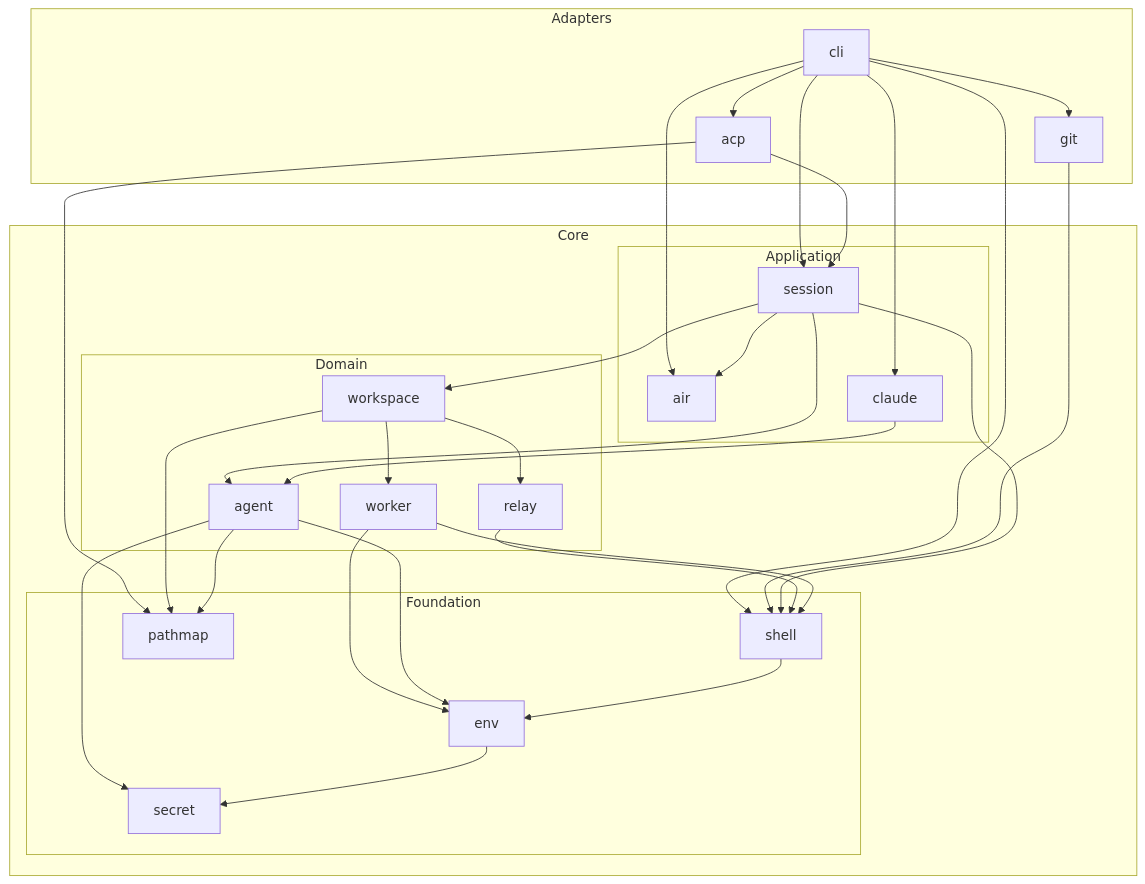
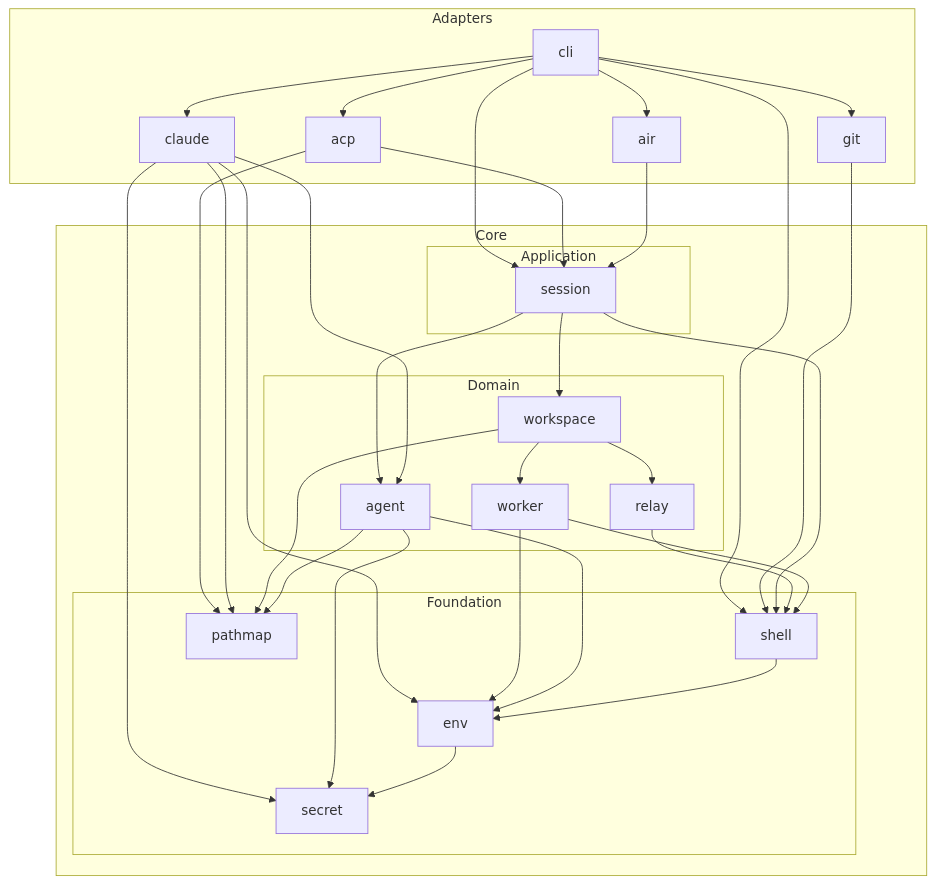
Before and after one commit to zerlok/hermod: the sixth of 12 diagrams in docs/ARCHITECTURE.md, drawn with Mermaid. The commit also changed other lines of this file, not shown here.

First line of the commit message:
docs(architecture): make air and claude adapters

````diff
--- a/docs/ARCHITECTURE.md
+++ b/docs/ARCHITECTURE.md
@@ -278,52 +278,55 @@
 ```mermaid
 flowchart TD
     subgraph adapters["Adapters"]
         cli
         git
         acp
+        air
+        claude
     end
     subgraph core["Core"]
         subgraph app["Application"]
             session
-            air
-            claude
         end
         subgraph domain["Domain"]
             workspace
             worker
             relay
             agent
         end
         subgraph foundation["Foundation"]
             shell
             env
             secret
             pathmap
         end
     end
     cli --> git
     cli --> acp
     cli --> session
     cli --> air
     cli --> claude
     cli --> shell
     git --> shell
     acp --> session
     acp --> pathmap
+    air --> session
     session --> workspace
     session --> agent
-    session --> air
     session --> shell
     claude --> agent
+    claude --> pathmap
+    claude --> env
+    claude --> secret
     workspace --> relay
     workspace --> worker
     workspace --> pathmap
     relay --> shell
     worker --> shell
     worker --> env
     agent --> pathmap
     agent --> env
     agent --> secret
     shell --> env
     env --> secret
 ```
````
